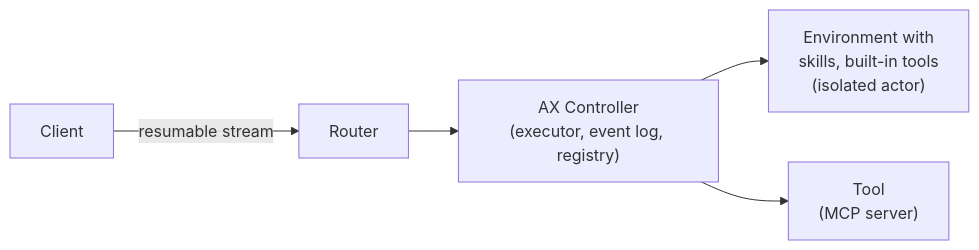
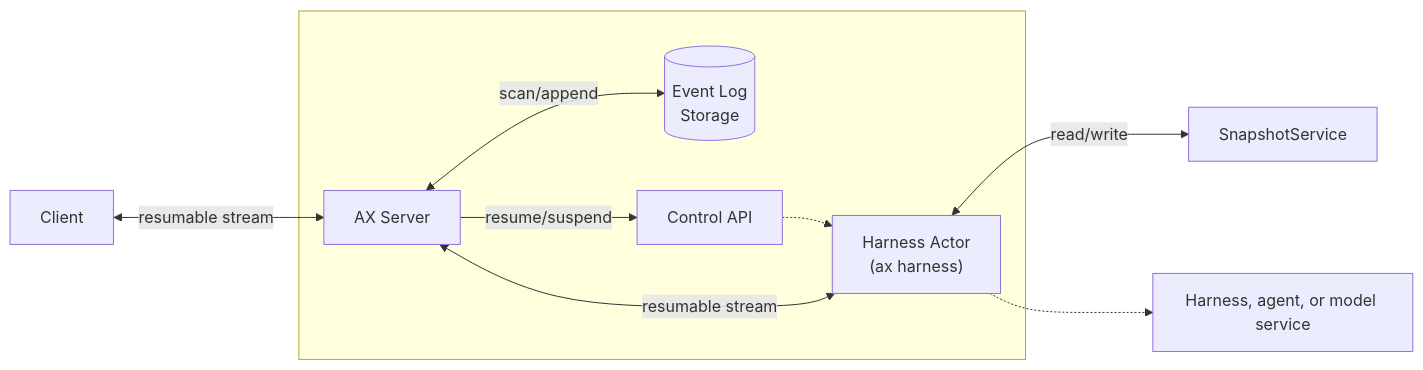
Before and after one commit to google/ax: the diagram in README.md, drawn with Mermaid.

Commit message:
Update README based on the new controller implementation

````diff
--- a/README.md
+++ b/README.md
@@ -44,14 +44,24 @@
 ```mermaid
 %%{init: {"flowchart": {"diagramPadding": 80}}}%%
 graph LR
     Client
-    Router["Router"]
-    Controller["AX Controller<br/>(executor, event log, registry)"]
-    Tool["Tool<br/>(MCP server)"]
-    Env["Environment with<br/>skills, built-in tools<br/>(isolated actor)"]
 
-    Client -->|resumable stream| Router
-    Router --> Controller
-    Controller --> Env
-    Controller --> Tool
+    subgraph Cluster[" "]
+        Server["AX Server"]
+        DB[("Event Log"<br/>Storage)]
+        ControlService["Control API"]
+        Actor["Harness Actor<br/>(ax harness)"]
+      
+    end
+
+    SnapshotService
+    HarnessService["Harness, agent, or model service"]
+
+    Client <-->|resumable stream| Server
+    Server <-->|scan/append| DB
+    Server -->|resume/suspend| ControlService
+    ControlService -.-> Actor
+    Server <-->|resumable stream| Actor
+    Actor <-->|read/write| SnapshotService
+    Actor -.-> HarnessService
 ```
````
